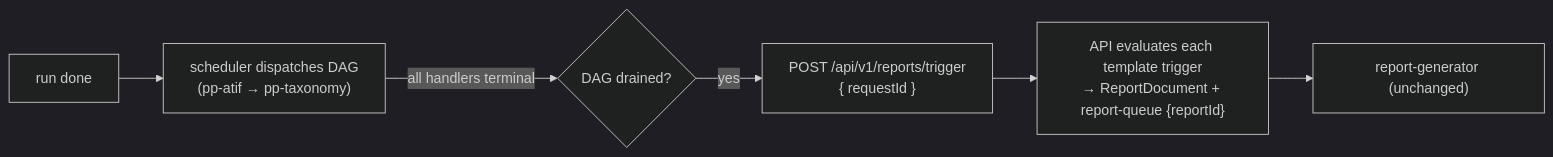
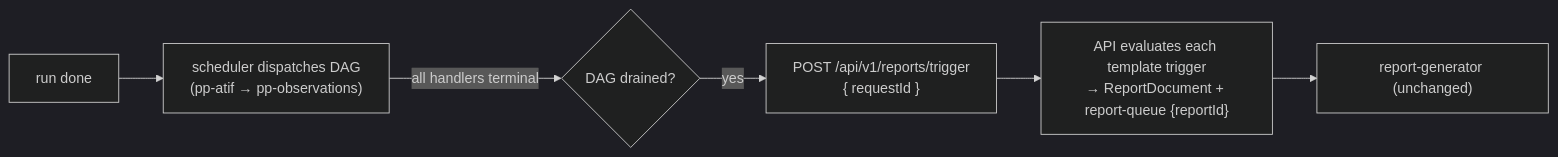
Before and after one commit to 1aifanatic/scope: the third of 4 diagrams in docs/architecture/post-processing.md, drawn with Mermaid (dark theme). The commit also changed other lines of this file and 15 other files, not shown here.

````diff
--- a/docs/architecture/post-processing.md
+++ b/docs/architecture/post-processing.md
@@ -304,8 +260,8 @@
 ```mermaid
 flowchart LR
-    RT["run done"] --> DAG["scheduler dispatches DAG<br/>(pp-atif → pp-taxonomy)"]
+    RT["run done"] --> DAG["scheduler dispatches DAG<br/>(pp-atif → pp-observations)"]
     DAG -->|"all handlers terminal"| DR{DAG drained?}
     DR -->|yes| TRIG["POST /api/v1/reports/trigger<br/>{ requestId }"]
     TRIG --> API["API evaluates each template trigger<br/>→ ReportDocument + report-queue {reportId}"]
     API --> RG["report-generator (unchanged)"]
 ```
````
